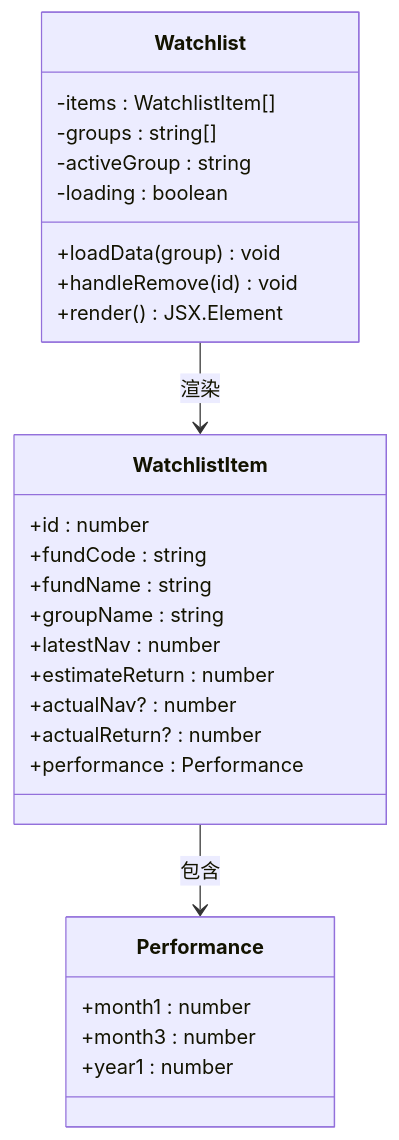
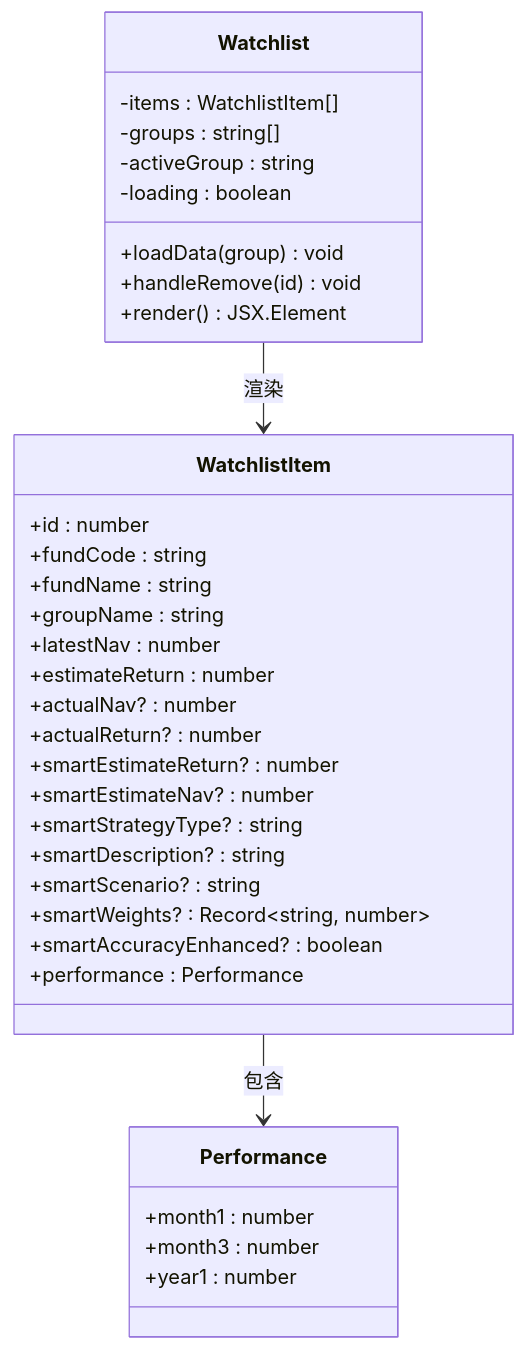
One commit to gree-coder/fund-butler changed the fifth of 9 diagrams in .qoder/repowiki/zh/content/Watchlist Enhancement.md. Above: the diagram before and after it, drawn with Mermaid. The commit also changed other lines of this file and 34 other files, not shown here.

````diff
--- a/.qoder/repowiki/zh/content/Watchlist Enhancement.md
+++ b/.qoder/repowiki/zh/content/Watchlist Enhancement.md
@@ -212,30 +224,37 @@
 ```mermaid
 classDiagram
 class Watchlist {
 -items : WatchlistItem[]
 -groups : string[]
 -activeGroup : string
 -loading : boolean
 +loadData(group) void
 +handleRemove(id) void
 +render() JSX.Element
 }
 class WatchlistItem {
 +id : number
 +fundCode : string
 +fundName : string
 +groupName : string
 +latestNav : number
 +estimateReturn : number
 +actualNav? : number
 +actualReturn? : number
++smartEstimateReturn? : number
++smartEstimateNav? : number
++smartStrategyType? : string
++smartDescription? : string
++smartScenario? : string
++smartWeights? : Record~string, number~
++smartAccuracyEnhanced? : boolean
 +performance : Performance
 }
 class Performance {
 +month1 : number
 +month3 : number
 +year1 : number
 }
 Watchlist --> WatchlistItem : 渲染
 WatchlistItem --> Performance : 包含
 ```
````
